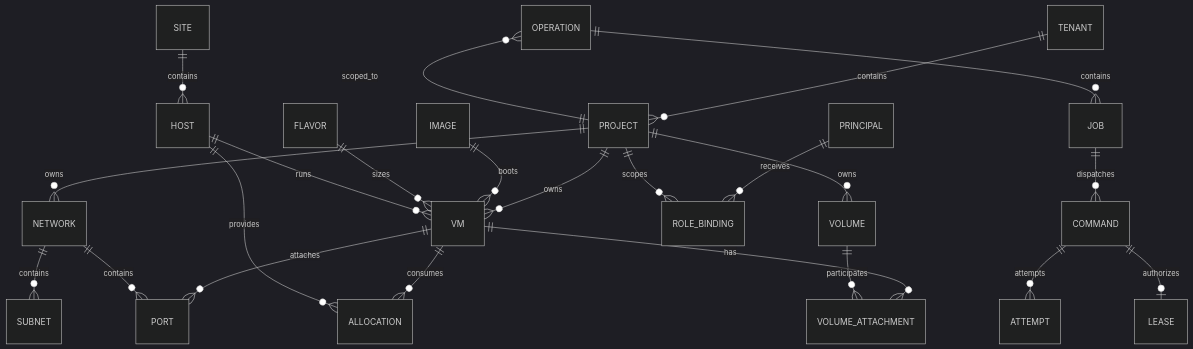
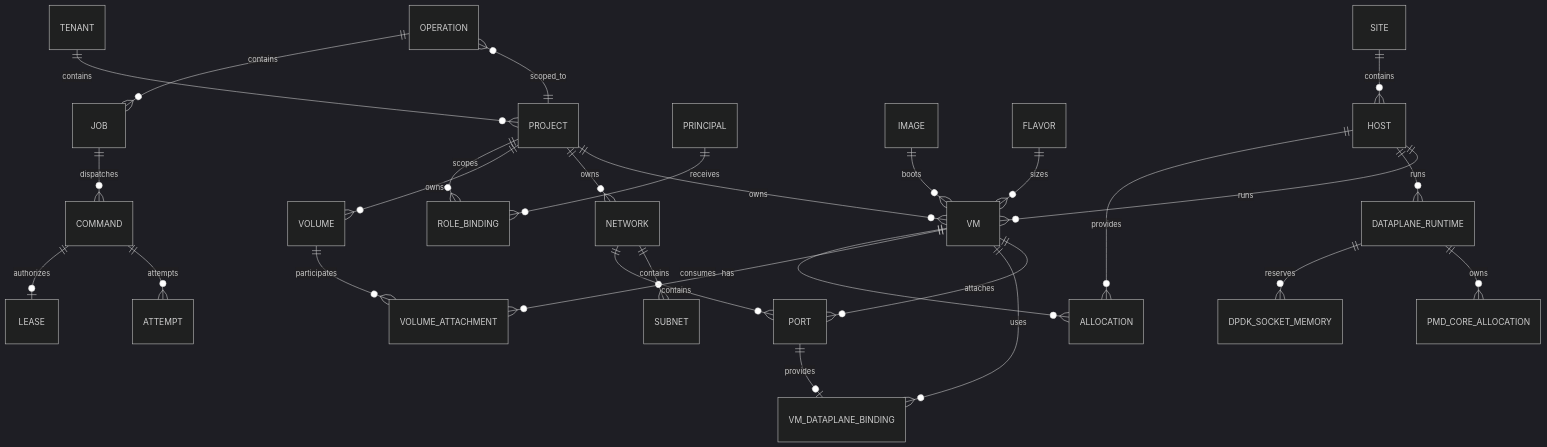
The first of 4 diagrams in docs/domain-model.md (si32288564/kvm-infrastructure-manager), drawn with Mermaid (dark theme) before and after one commit. The commit also changed other lines of this file and 22 other files, not shown here.

Commit message:
docs: model ovs-dpdk dataplane resources

````diff
--- a/docs/domain-model.md
+++ b/docs/domain-model.md
@@ -22,25 +23,30 @@
 ```mermaid
 erDiagram
     SITE ||--o{ HOST : contains
     TENANT ||--o{ PROJECT : contains
     PROJECT ||--o{ VM : owns
     PROJECT ||--o{ NETWORK : owns
     PROJECT ||--o{ VOLUME : owns
     PRINCIPAL ||--o{ ROLE_BINDING : receives
     PROJECT ||--o{ ROLE_BINDING : scopes
     IMAGE ||--o{ VM : boots
     FLAVOR ||--o{ VM : sizes
     HOST ||--o{ VM : runs
     VM ||--o{ PORT : attaches
     NETWORK ||--o{ SUBNET : contains
     NETWORK ||--o{ PORT : contains
+    HOST ||--o{ DATAPLANE_RUNTIME : runs
+    DATAPLANE_RUNTIME ||--o{ PMD_CORE_ALLOCATION : owns
+    DATAPLANE_RUNTIME ||--o{ DPDK_SOCKET_MEMORY : reserves
+    PORT ||--o| VM_DATAPLANE_BINDING : provides
+    VM ||--o{ VM_DATAPLANE_BINDING : uses
     VM ||--o{ VOLUME_ATTACHMENT : has
     VOLUME ||--o{ VOLUME_ATTACHMENT : participates
     VM ||--o{ ALLOCATION : consumes
     HOST ||--o{ ALLOCATION : provides
     OPERATION }o--|| PROJECT : scoped_to
     OPERATION ||--o{ JOB : contains
     JOB ||--o{ COMMAND : dispatches
     COMMAND ||--o{ ATTEMPT : attempts
     COMMAND ||--o| LEASE : authorizes
 ```
````
